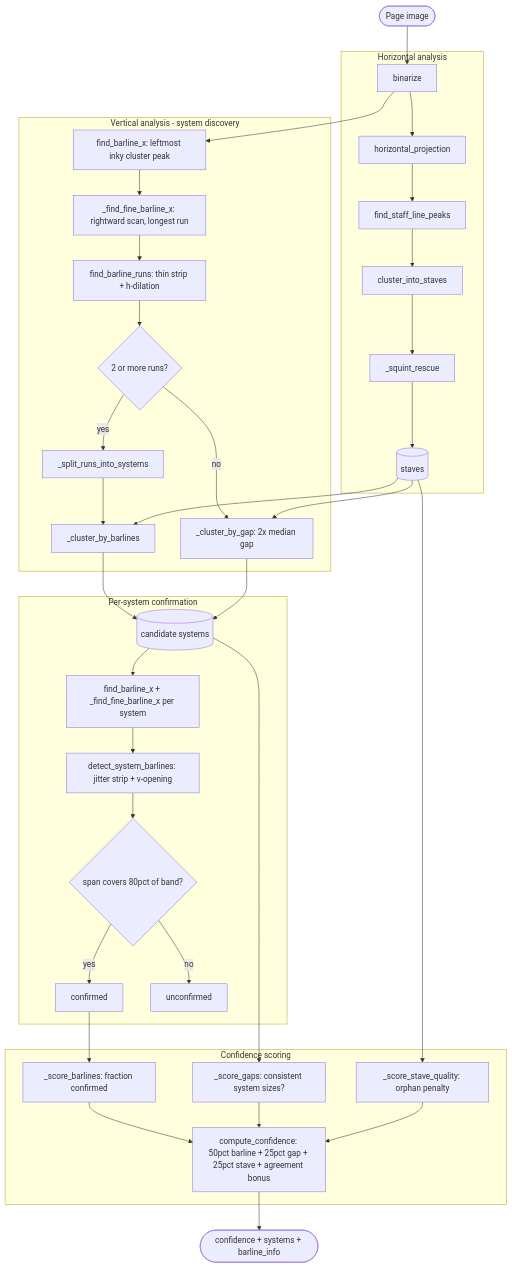
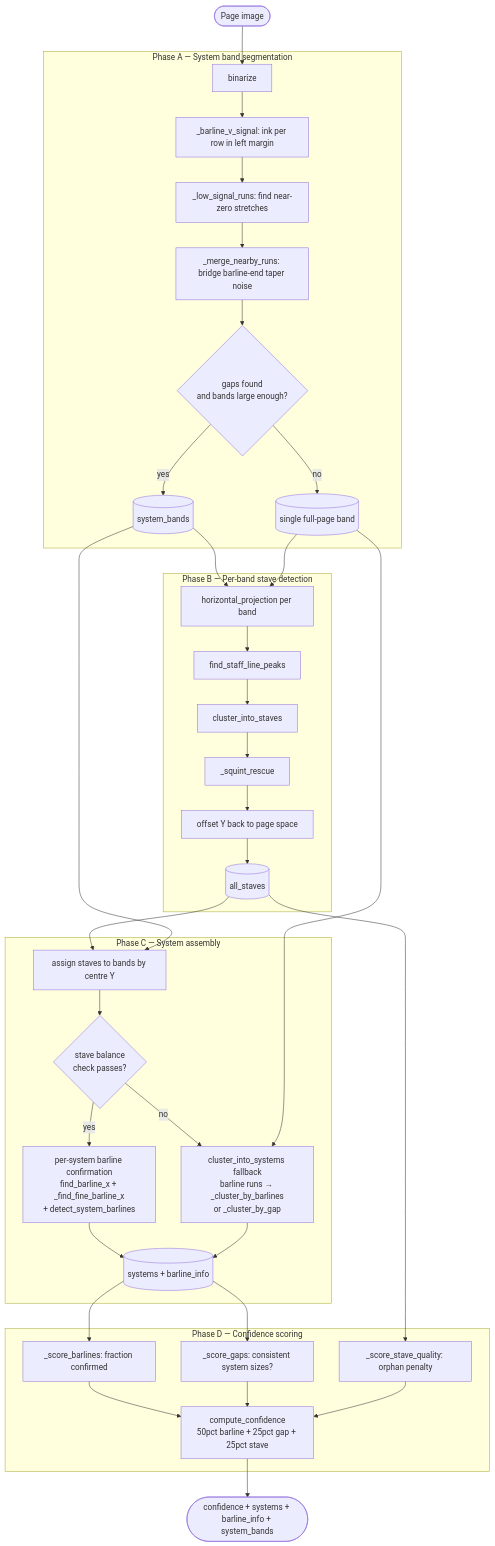
The diagram in backend/detection/detection_flow.md (timotif/divisi-partifi_v2), drawn with Mermaid before and after one commit. The commit also changed 1 other file, not shown here.

Commit message:
Refactor detection: vertical-first system segmentation
Replace gap heuristic as primary system segmenter with a left-margin
vertical ink signal approach. The initial barline stops completely between
systems, so its row-ink-count signal reliably identifies system boundaries.

Pipeline is now 4 phases:
  A. left_margin_v_bands(): scan left-margin barline signal, find gaps,
     bridge barline-end taper noise (two-pass merge), cross with
     H-projection peaks to discard label-zone false gaps
  B. Per-band H-detection: projection → peaks → staves → squint rescue
  C. System assembly: assign staves to bands, sanity-check stave balance,
     confirm barlines per system; fall back to cluster_into_systems()
  D. Confidence scoring (unchanged)

Results on fantasia.pdf: 8/8 correct (was 2/8 with gap heuristic).
All other test images unchanged at 100% confidence.

Also updates detection_flow.md Mermaid diagram and plot_results()
visualization (panel 3 now shows the left-margin barline signal with
inter-system gaps shaded; panel 2 shows per-band H-projection spans).

````diff
--- a/backend/detection/detection_flow.md
+++ b/backend/detection/detection_flow.md
@@ -1,46 +1,45 @@
 ```mermaid
 flowchart TD
     A([Page image]) --> B[binarize]
 
-    subgraph HORIZONTAL [Horizontal analysis]
-        B --> C[horizontal_projection]
-        C --> D[find_staff_line_peaks]
-        D --> E[cluster_into_staves]
-        E --> F[_squint_rescue]
-        F --> G[(staves)]
+    subgraph PHASE_A [Phase A — System band segmentation]
+        B --> A1[_barline_v_signal: ink per row in left margin]
+        A1 --> A2[_low_signal_runs: find near-zero stretches]
+        A2 --> A3[_merge_nearby_runs: bridge barline-end taper noise]
+        A3 --> A4{gaps found\nand bands large enough?}
+        A4 -- yes --> A5[(system_bands)]
+        A4 -- no --> A6[(single full-page band)]
     end
 
-    subgraph VERTICAL [Vertical analysis - system discovery]
-        B --> H[find_barline_x: leftmost inky cluster peak]
-        H --> I[_find_fine_barline_x: rightward scan, longest run]
-        I --> J[find_barline_runs: thin strip + h-dilation]
-        J --> K{2 or more runs?}
-        K -- yes --> L[_split_runs_into_systems]
-        L --> M[_cluster_by_barlines]
-        K -- no --> N[_cluster_by_gap: 2x median gap]
-        G --> M
-        G --> N
+    subgraph PHASE_B [Phase B — Per-band stave detection]
+        A5 --> B1[horizontal_projection per band]
+        A6 --> B1
+        B1 --> B2[find_staff_line_peaks]
+        B2 --> B3[cluster_into_staves]
+        B3 --> B4[_squint_rescue]
+        B4 --> B5[offset Y back to page space]
+        B5 --> B6[(all_staves)]
     end
 
-    M --> O[(candidate systems)]
-    N --> O
-
-    subgraph CONFIRMATION [Per-system confirmation]
-        O --> P[find_barline_x + _find_fine_barline_x per system]
-        P --> Q[detect_system_barlines: jitter strip + v-opening]
-        Q --> R{span covers 80pct of band?}
-        R -- yes --> S[confirmed]
-        R -- no --> T[unconfirmed]
+    subgraph PHASE_C [Phase C — System assembly]
+        B6 --> C1[assign staves to bands by centre Y]
+        A5 --> C1
+        C1 --> C2{stave balance\ncheck passes?}
+        C2 -- yes --> C3[per-system barline confirmation\nfind_barline_x + _find_fine_barline_x\n+ detect_system_barlines]
+        C3 --> C4[(systems + barline_info)]
+        C2 -- no --> C5[cluster_into_systems fallback\nbarline runs → _cluster_by_barlines\nor _cluster_by_gap]
+        A6 --> C5
+        C5 --> C4
     end
 
-    subgraph CONFIDENCE [Confidence scoring]
-        S --> U[_score_barlines: fraction confirmed]
-        O --> V[_score_gaps: consistent system sizes?]
-        G --> W[_score_stave_quality: orphan penalty]
-        U --> X[compute_confidence: 50pct barline + 25pct gap + 25pct stave + agreement bonus]
-        V --> X
-        W --> X
+    subgraph CONFIDENCE [Phase D — Confidence scoring]
+        C4 --> D1[_score_barlines: fraction confirmed]
+        C4 --> D2[_score_gaps: consistent system sizes?]
+        B6 --> D3[_score_stave_quality: orphan penalty]
+        D1 --> D4[compute_confidence\n50pct barline + 25pct gap + 25pct stave]
+        D2 --> D4
+        D3 --> D4
     end
 
-    X --> Y([confidence + systems + barline_info])
+    D4 --> E([confidence + systems + barline_info + system_bands])
 ```
````
